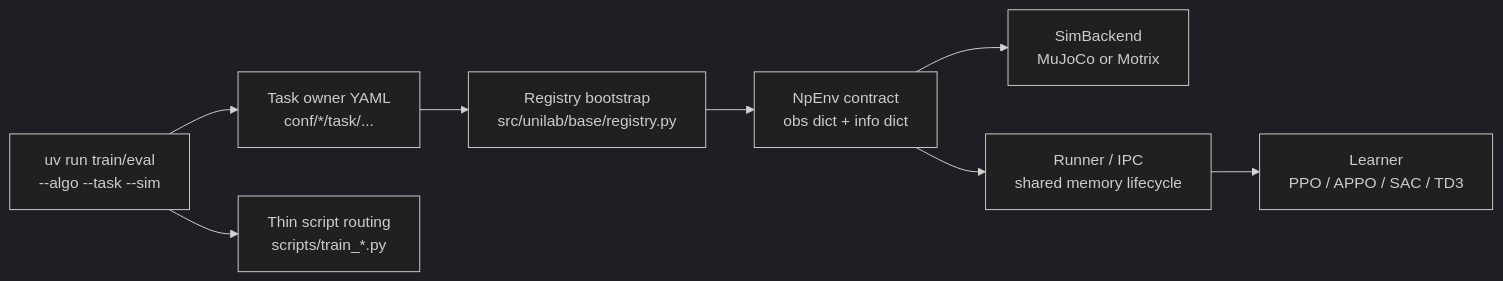
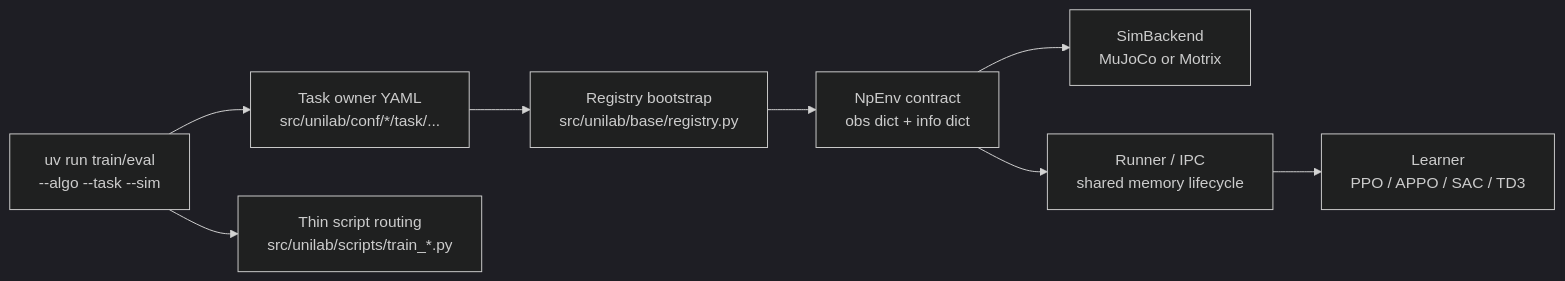
One commit to Motphys/UniLab changed the diagram in docs/sphinx/source/en/0-index.md. Above: the diagram before and after it, drawn with Mermaid (dark theme). The commit also changed other lines of this file and 382 other files, not shown here.

First line of the commit message:
feat: move conf/ and training entrypoints into the unilab package (#1421)

````diff
--- a/docs/sphinx/source/en/0-index.md
+++ b/docs/sphinx/source/en/0-index.md
@@ -126,10 +126,10 @@
 ```{mermaid}
 flowchart LR
-  cli["uv run train/eval<br/>--algo --task --sim"] --> owner["Task owner YAML<br/>conf/*/task/..."]
-  cli --> script["Thin script routing<br/>scripts/train_*.py"]
+  cli["uv run train/eval<br/>--algo --task --sim"] --> owner["Task owner YAML<br/>src/unilab/conf/*/task/..."]
+  cli --> script["Thin script routing<br/>src/unilab/scripts/train_*.py"]
   owner --> registry["Registry bootstrap<br/>src/unilab/base/registry.py"]
   registry --> env["NpEnv contract<br/>obs dict + info dict"]
   env --> backend["SimBackend<br/>MuJoCo or Motrix"]
   env --> runtime["Runner / IPC<br/>shared memory lifecycle"]
   runtime --> learner["Learner<br/>PPO / APPO / SAC / TD3"]
 ```
````
